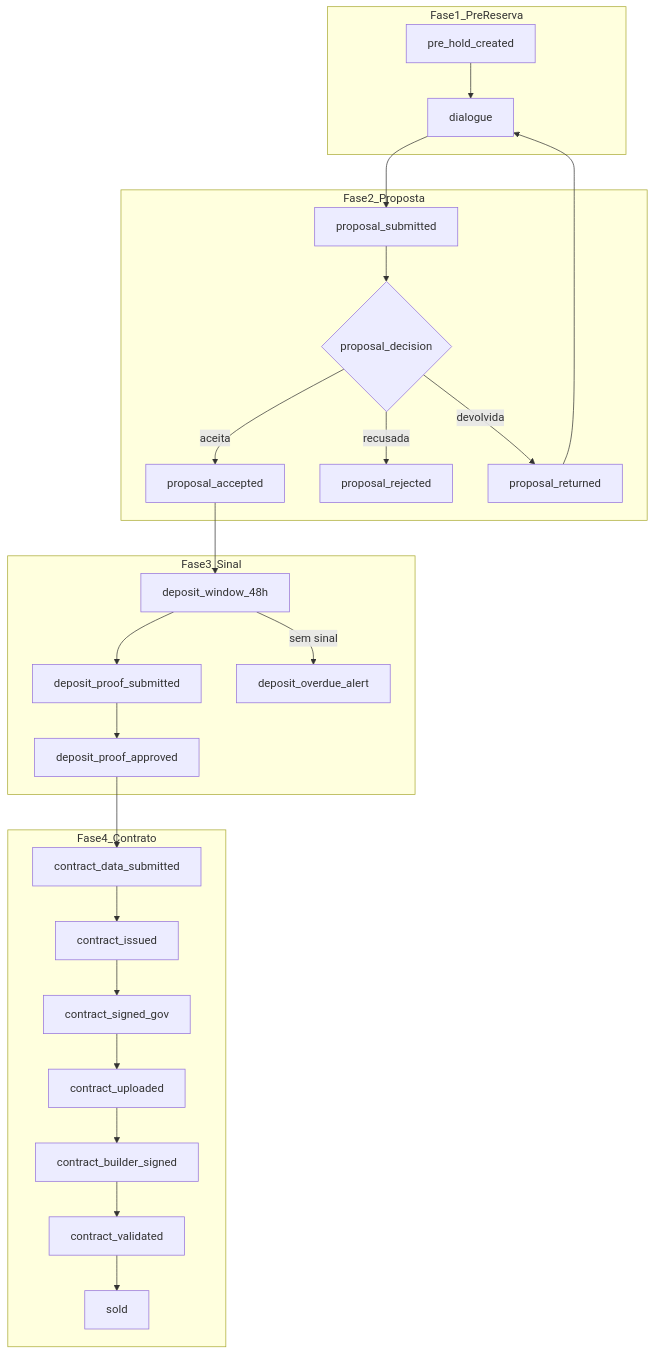
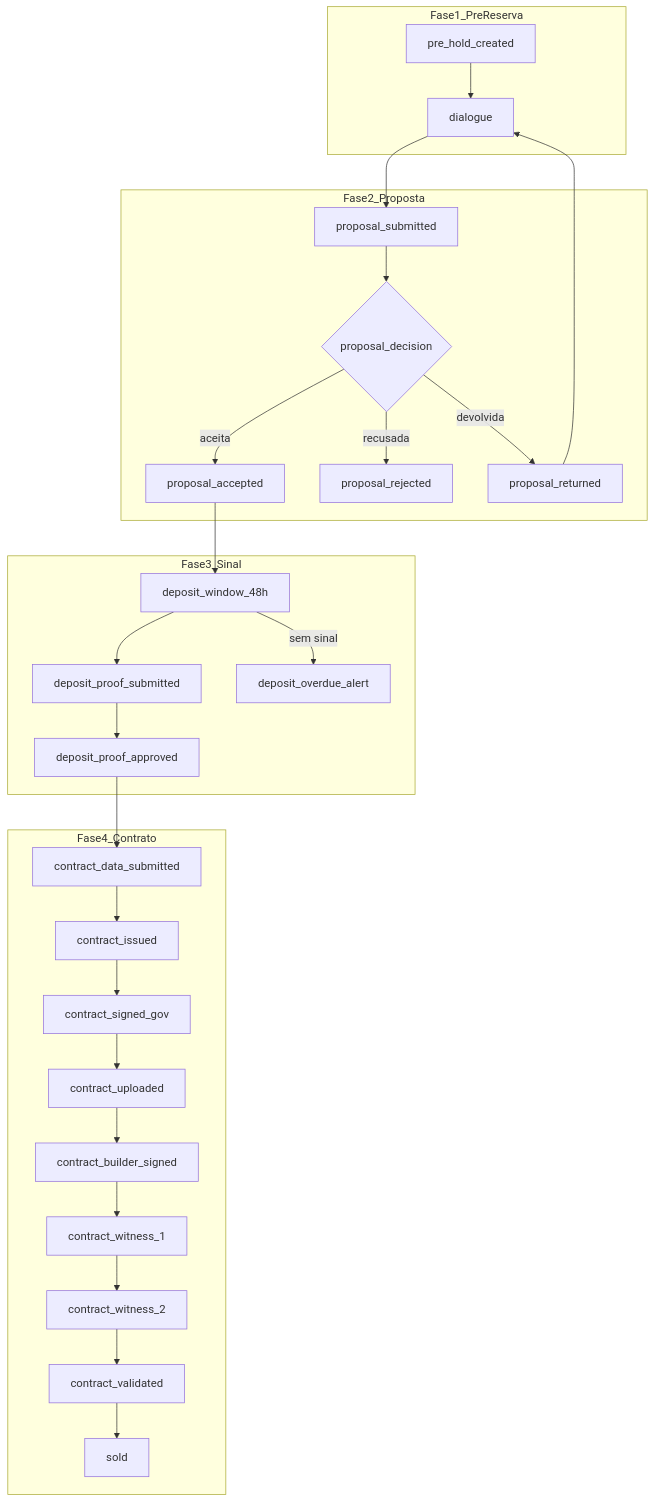
The fifth of 9 diagrams in .specs/codebase/FLOWS.md (laerciocrestani/oportalimobiliario), drawn with Mermaid before and after one commit. The commit also changed other lines of this file and 141 other files, not shown here.

````diff
--- a/.specs/codebase/FLOWS.md
+++ b/.specs/codebase/FLOWS.md
@@ -140,37 +141,39 @@
 ```mermaid
 flowchart TD
     subgraph fase1 [Fase1_PreReserva]
         S1[pre_hold_created]
         S2[dialogue]
     end
     subgraph fase2 [Fase2_Proposta]
         S3[proposal_submitted]
         S4{proposal_decision}
         S4a[proposal_accepted]
         S4b[proposal_rejected]
         S4c[proposal_returned]
     end
     subgraph fase3 [Fase3_Sinal]
         S5[deposit_window_48h]
         S6[deposit_proof_submitted]
         S7[deposit_proof_approved]
         S7alert[deposit_overdue_alert]
     end
     subgraph fase4 [Fase4_Contrato]
         S8[contract_data_submitted]
         S9[contract_issued]
         S10[contract_signed_gov]
         S11[contract_uploaded]
         S12[contract_builder_signed]
+        S12a[contract_witness_1]
+        S12b[contract_witness_2]
         S13[contract_validated]
         S14[sold]
     end
 
     S1 --> S2 --> S3 --> S4
     S4 -->|aceita| S4a --> S5
     S4 -->|recusada| S4b
     S4 -->|devolvida| S4c --> S2
     S5 --> S6 --> S7
     S5 -->|sem sinal| S7alert
-    S7 --> S8 --> S9 --> S10 --> S11 --> S12 --> S13 --> S14
+    S7 --> S8 --> S9 --> S10 --> S11 --> S12 --> S12a --> S12b --> S13 --> S14
 ```
````
